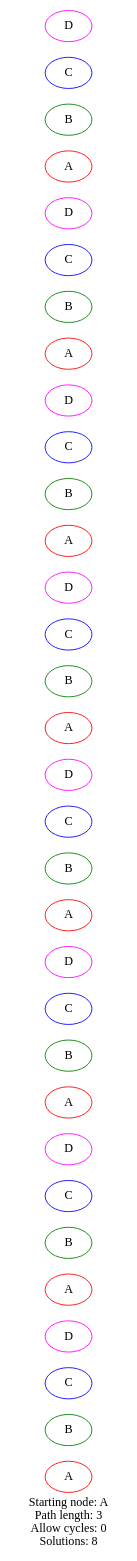
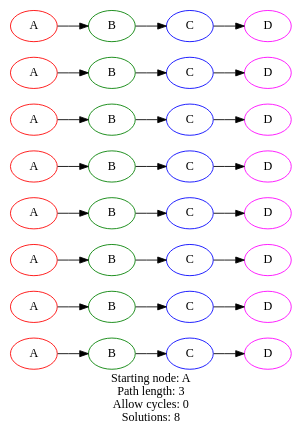
The diagram in data/03.fixed.paths.out.gv (graphviz-perl/GraphViz2-Marpa-PathUtils), drawn with Graphviz before and after one commit. The commit also changed 2 other files, not shown here.

```diff
--- a/data/03.fixed.paths.out.gv
+++ b/data/03.fixed.paths.out.gv
@@ -1,37 +1,45 @@
 digraph G
 {
 	graph [label = "Starting node: A\nPath length: 3\nAllow cycles: 0\nSolutions: 8" rankdir = LR]
 
-	"1" [color = red label = A name = 1]
-	"2" [color = green label = B name = 2]
-	"3" [color = blue label = C name = 3]
-	"4" [color = magenta label = D name = 4]
-	"5" [color = red label = A name = 5]
-	"6" [color = green label = B name = 6]
-	"7" [color = blue label = C name = 7]
-	"8" [color = magenta label = D name = 8]
-	"9" [color = red label = A name = 9]
-	"10" [color = green label = B name = 10]
-	"11" [color = blue label = C name = 11]
-	"12" [color = magenta label = D name = 12]
-	"13" [color = red label = A name = 13]
-	"14" [color = green label = B name = 14]
-	"15" [color = blue label = C name = 15]
-	"16" [color = magenta label = D name = 16]
-	"17" [color = red label = A name = 17]
-	"18" [color = green label = B name = 18]
-	"19" [color = blue label = C name = 19]
-	"20" [color = magenta label = D name = 20]
-	"21" [color = red label = A name = 21]
-	"22" [color = green label = B name = 22]
-	"23" [color = blue label = C name = 23]
-	"24" [color = magenta label = D name = 24]
-	"25" [color = red label = A name = 25]
-	"26" [color = green label = B name = 26]
-	"27" [color = blue label = C name = 27]
-	"28" [color = magenta label = D name = 28]
-	"29" [color = red label = A name = 29]
-	"30" [color = green label = B name = 30]
-	"31" [color = blue label = C name = 31]
-	"32" [color = magenta label = D name = 32]
+	"1" [color = "red" label = "A" name = "1"]
+	"2" [color = "green" label = "B" name = "2"]
+	"3" [color = "blue" label = "C" name = "3"]
+	"4" [color = "magenta" label = "D" name = "4"]
+	"5" [color = "red" label = "A" name = "5"]
+	"6" [color = "green" label = "B" name = "6"]
+	"7" [color = "blue" label = "C" name = "7"]
+	"8" [color = "magenta" label = "D" name = "8"]
+	"9" [color = "red" label = "A" name = "9"]
+	"10" [color = "green" label = "B" name = "10"]
+	"11" [color = "blue" label = "C" name = "11"]
+	"12" [color = "magenta" label = "D" name = "12"]
+	"13" [color = "red" label = "A" name = "13"]
+	"14" [color = "green" label = "B" name = "14"]
+	"15" [color = "blue" label = "C" name = "15"]
+	"16" [color = "magenta" label = "D" name = "16"]
+	"17" [color = "red" label = "A" name = "17"]
+	"18" [color = "green" label = "B" name = "18"]
+	"19" [color = "blue" label = "C" name = "19"]
+	"20" [color = "magenta" label = "D" name = "20"]
+	"21" [color = "red" label = "A" name = "21"]
+	"22" [color = "green" label = "B" name = "22"]
+	"23" [color = "blue" label = "C" name = "23"]
+	"24" [color = "magenta" label = "D" name = "24"]
+	"25" [color = "red" label = "A" name = "25"]
+	"26" [color = "green" label = "B" name = "26"]
+	"27" [color = "blue" label = "C" name = "27"]
+	"28" [color = "magenta" label = "D" name = "28"]
+	"29" [color = "red" label = "A" name = "29"]
+	"30" [color = "green" label = "B" name = "30"]
+	"31" [color = "blue" label = "C" name = "31"]
+	"32" [color = "magenta" label = "D" name = "32"]
+	"1" -> "2" -> "3" -> "4";
+	"5" -> "6" -> "7" -> "8";
+	"9" -> "10" -> "11" -> "12";
+	"13" -> "14" -> "15" -> "16";
+	"17" -> "18" -> "19" -> "20";
+	"21" -> "22" -> "23" -> "24";
+	"25" -> "26" -> "27" -> "28";
+	"29" -> "30" -> "31" -> "32";
 }
```
